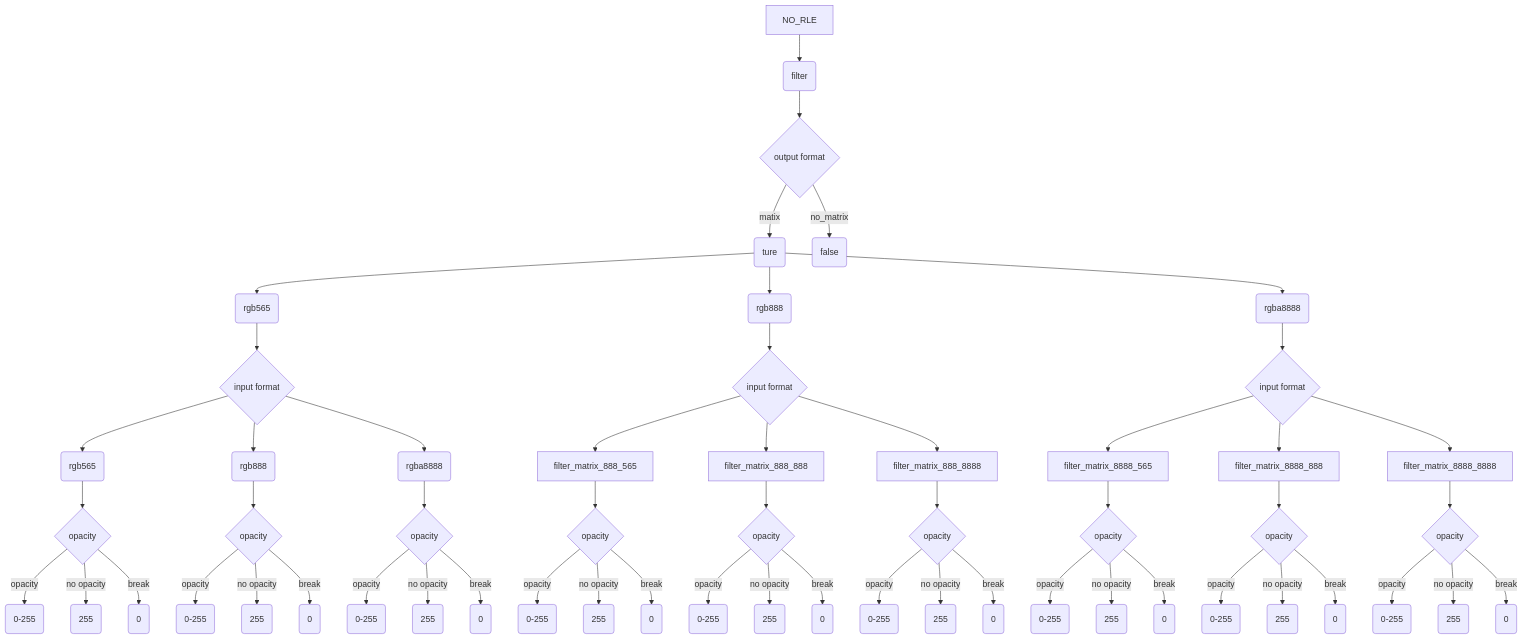
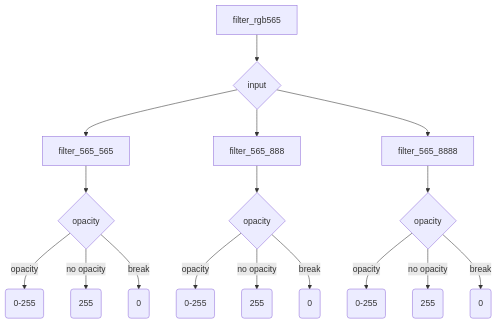
Before and after one commit to realmcu/HoneyGUI: the fifth of 17 diagrams in doc/source/Design/index.md, drawn with Mermaid. The commit also changed other lines of this file, not shown here.

````diff
--- a/doc/source/Design/index.md
+++ b/doc/source/Design/index.md
@@ -81,67 +69,19 @@
 ```{mermaid}
 graph TD
-NO_RLE --> | | no_filter(filter)
-no_filter --> c{output format}
-c --> |matix| filter_matrix_ture(ture)
-filter_matrix_ture --> | |filter_matrix_ture565(rgb565)
-filter_matrix_ture565 --> filter_matrix_judge{input format}
-filter_matrix_judge --> filter_matrix_565_565(rgb565)
-filter_matrix_565_565 --> filter_matrix_565_565_opacity{opacity}
-filter_matrix_565_565_opacity --> |opacity |filter_matrix_565_565_a0_255(0-255)
-filter_matrix_565_565_opacity --> |no opacity |filter_matrix_565_565_a255(255)
-filter_matrix_565_565_opacity --> |break |filter_matrix_565_565_a0(0)
-
-filter_matrix_judge --> filter_matrix_565_888(rgb888)
-filter_matrix_565_888 --> filter_matrix_565_888_opacity{opacity}
-filter_matrix_565_888_opacity --> |opacity |filter_matrix_565_888_a0_255(0-255)
-filter_matrix_565_888_opacity --> |no opacity |filter_matrix_565_888_a255(255)
-filter_matrix_565_888_opacity --> |break |filter_matrix_565_888_a0(0)
-
-filter_matrix_judge --> filter_matrix_565_8888(rgba8888)
-filter_matrix_565_8888 --> filter_matrix_565_8888_opacity{opacity}
-filter_matrix_565_8888_opacity --> |opacity |filter_matrix_565_8888_a0_255(0-255)
-filter_matrix_565_8888_opacity --> |no opacity |filter_matrix_565_8888_a255(255)
-filter_matrix_565_8888_opacity --> |break |filter_matrix_565_8888_a0(0)
-
-filter_matrix_ture --> | |filter_matrix_ture888(rgb888)
-filter_matrix_ture888 --> filter_matrix_judge_888{input format}
-filter_matrix_judge_888 -->filter_matrix_888_565
-filter_matrix_888_565 -->filter_matrix_888_565_opacity{opacity}
-filter_matrix_888_565_opacity --> |opacity|filter_matrix_888_565_0_255(0-255)
-filter_matrix_888_565_opacity --> |no opacity|filter_matrix_888_565_255(255)
-filter_matrix_888_565_opacity --> |break|filter_matrix_888_565_0(0)
-
-filter_matrix_judge_888 -->filter_matrix_888_888
-filter_matrix_888_888 --> filter_matrix_888_888_opacity{opacity}
-filter_matrix_888_888_opacity --> |opacity|filter_matrix_888_888_0_255(0-255)
-filter_matrix_888_888_opacity --> |no opacity|filter_matrix_888_888_255(255)
-filter_matrix_888_888_opacity --> |break|filter_matrix_888_888_0(0)
-
-filter_matrix_judge_888 -->filter_matrix_888_8888
-filter_matrix_888_8888 --> filter_matrix_888_8888_opacity{opacity}
-filter_matrix_888_8888_opacity --> |opacity|filter_matrix_888_8888_0_255(0-255)
-filter_matrix_888_8888_opacity --> |no opacity|filter_matrix_888_8888_255(255)
-filter_matrix_888_8888_opacity --> |break|filter_matrix_888_8888_0(0)
-
-filter_matrix_ture --> | |filter_matrix_ture8888(rgba8888)
-filter_matrix_ture8888 -->filter_matrix_judge_8888{input format}
-filter_matrix_judge_8888 --> filter_matrix_8888_565
-filter_matrix_8888_565 --> filter_matrix_8888_565_opacity{opacity}
-filter_matrix_8888_565_opacity --> |opacity|filter_matrix_8888_565_0_255(0-255)
-filter_matrix_8888_565_opacity --> |no opacity|filter_matrix_8888_565_255(255)
-filter_matrix_8888_565_opacity --> |break|filter_matrix_8888_565_0(0)
-
-filter_matrix_judge_8888 --> filter_matrix_8888_888
-filter_matrix_8888_888 --> filter_matrix_8888_888_opacity{opacity}
-filter_matrix_8888_888_opacity --> |opacity|filter_matrix_8888_888_0_255(0-255)
-filter_matrix_8888_888_opacity --> |no opacity|filter_matrix_8888_888_255(255)
-filter_matrix_8888_888_opacity --> |break|filter_matrix_8888_888_0(0)
-
-filter_matrix_judge_8888 --> filter_matrix_8888_8888
-filter_matrix_8888_8888 --> filter_matrix_8888_8888_opacity{opacity}
-filter_matrix_8888_8888_opacity --> |opacity|filter_matrix_8888_8888_0_255(0-255)
-filter_matrix_8888_8888_opacity --> |no opacity|filter_matrix_8888_8888_255(255)
-filter_matrix_8888_8888_opacity --> |break|filter_matrix_8888_8888_0(0)
-
-c --> | no_matrix| filter_matrix_F_1(false)
+filter_rgb565 --> filter_565{input}
+filter_565 --> | |filter_565_565
+filter_565_565 --> filter_opacity_case565{opacity}
+filter_opacity_case565 --> |opacity| filter_opacity_value0_255(0-255)
+filter_opacity_case565 --> |no opacity|filter_opacity_value255(255)
+filter_opacity_case565 --> |break|filter_opacity_value0(0)
+filter_565 --> | |filter_565_888
+filter_565_888--> filter_opacity_case888{opacity}
+filter_opacity_case888 --> |opacity|filter_opacity_value888_0_255(0-255)
+filter_opacity_case888 --> |no opacity|filter_opacity_value888_255(255)
+filter_opacity_case888 --> |break|filter_opacity_value888_0(0)
+filter_565 --> | |filter_565_8888
+filter_565_8888 --> filter_opacity_case8888{opacity}
+filter_opacity_case8888 --> |opacity|filter_opacity_value8888_0_255(0-255)
+filter_opacity_case8888 --> |no opacity|filter_opacity_value8888_255(255)
+filter_opacity_case8888 --> |break|filter_opacity_value8888_0(0)
 ```
````
